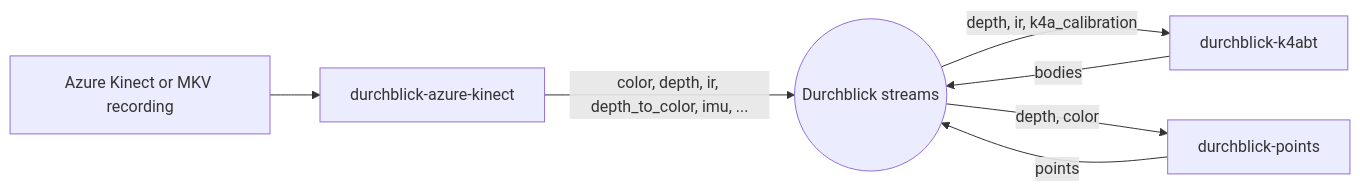
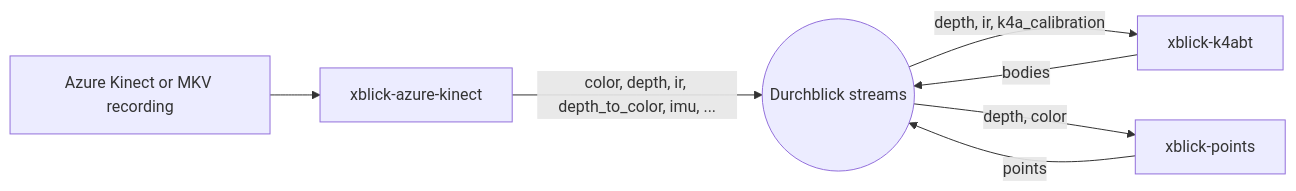
The diagram in docs/design.md (xblick/xblick-k4abt), drawn with Mermaid before and after one commit. The commit also changed other lines of this file and 18 other files, not shown here.

First line of the commit message:
Every name is xblick: xblick-azure-kinect 0.3.0 for Durchblick 0.5

````diff
--- a/docs/design.md
+++ b/docs/design.md
@@ -8,9 +8,9 @@
 ```mermaid
 flowchart LR
-  K[Azure Kinect or MKV recording] --> C[durchblick-azure-kinect]
+  K[Azure Kinect or MKV recording] --> C[xblick-azure-kinect]
   C -- "color, depth, ir, depth_to_color, imu, ..." --> S((Durchblick streams))
-  S -- "depth, ir, k4a_calibration" --> B[durchblick-k4abt]
-  S -- "depth, color" --> P[durchblick-points]
+  S -- "depth, ir, k4a_calibration" --> B[xblick-k4abt]
+  S -- "depth, color" --> P[xblick-points]
   B -- bodies --> S
   P -- points --> S
 ```
````
